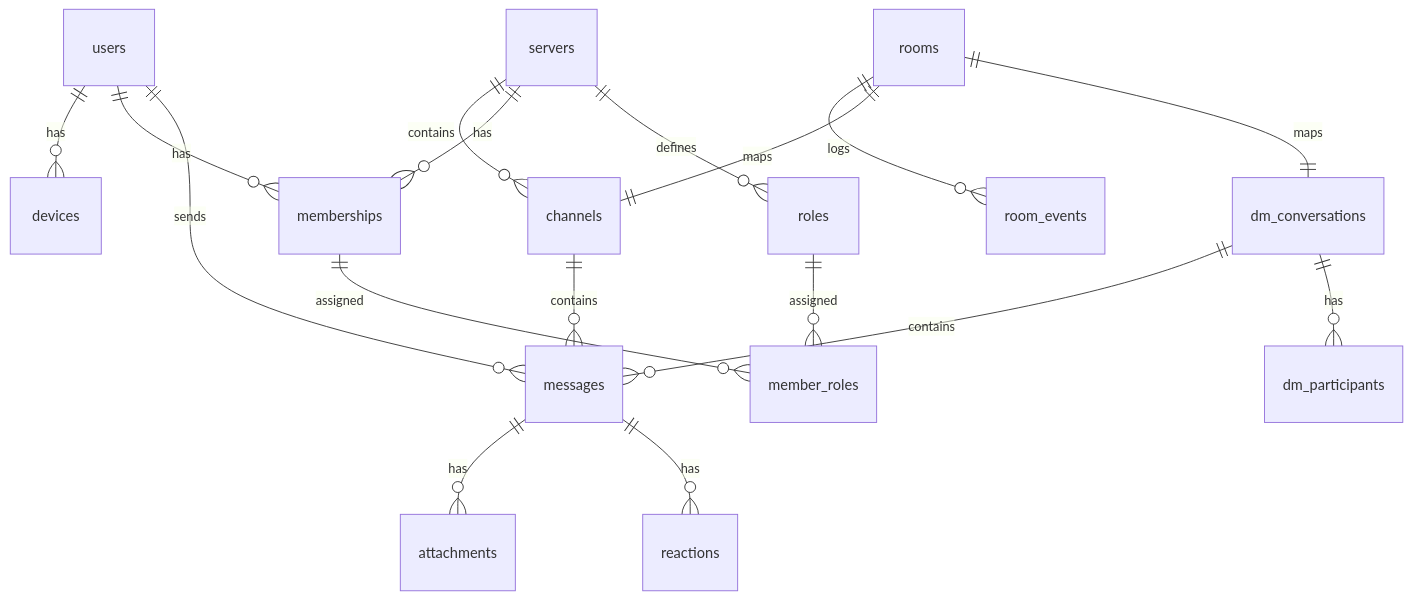
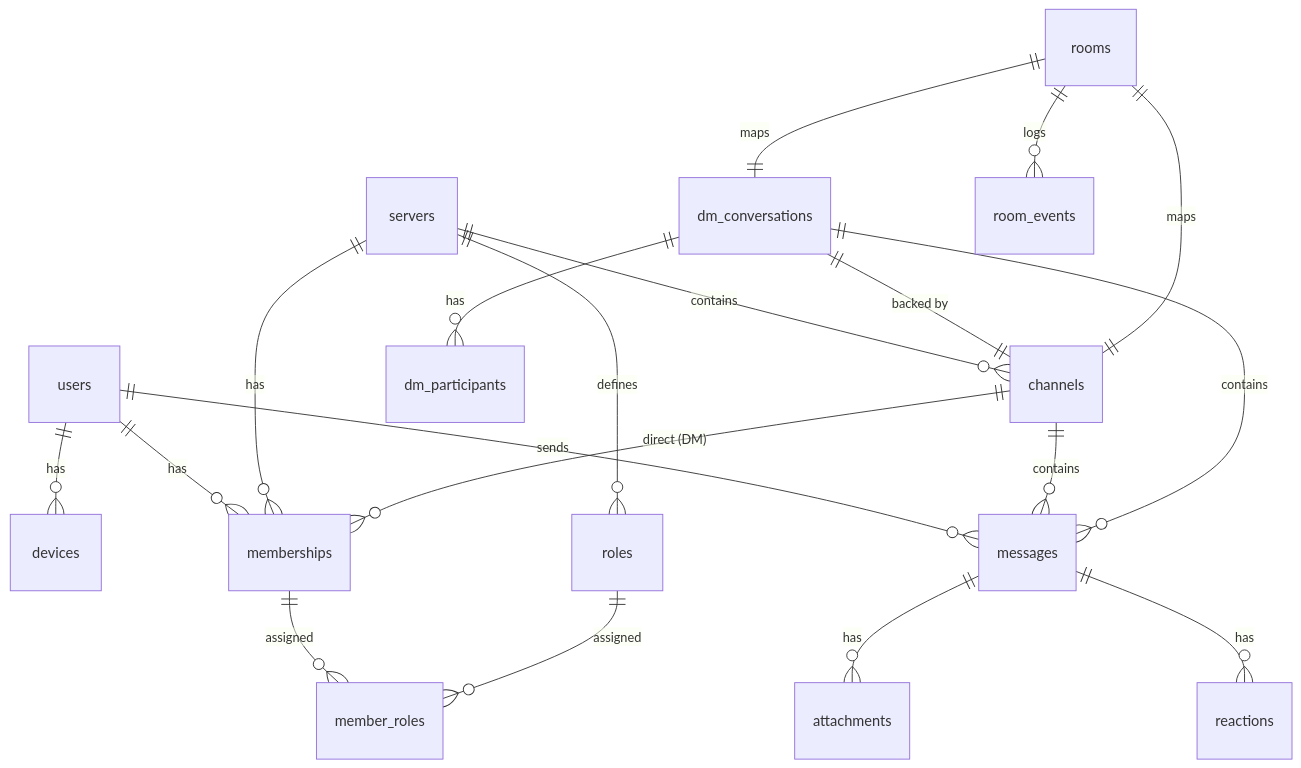
The seventh of 7 diagrams in doc/system-architecture.md (alderban107/vesper), drawn with Mermaid before and after one commit. The commit also changed other lines of this file and 1 other file, not shown here.

First line of the commit message:
docs: update architecture and codebase docs for DM-as-channels

````diff
--- a/doc/system-architecture.md
+++ b/doc/system-architecture.md
@@ -235,19 +237,21 @@
 ```mermaid
 erDiagram
     users ||--o{ devices : has
     users ||--o{ memberships : has
     users ||--o{ messages : sends
     servers ||--o{ channels : contains
     servers ||--o{ memberships : has
     servers ||--o{ roles : defines
     memberships ||--o{ member_roles : assigned
+    channels ||--o{ memberships : "direct (DM)"
     roles ||--o{ member_roles : assigned
     channels ||--o{ messages : contains
     dm_conversations ||--o{ messages : contains
     dm_conversations ||--o{ dm_participants : has
+    dm_conversations ||--|| channels : "backed by"
     messages ||--o{ attachments : has
     messages ||--o{ reactions : has
     rooms ||--o{ room_events : logs
     rooms ||--|| channels : maps
     rooms ||--|| dm_conversations : maps
 ```
````
